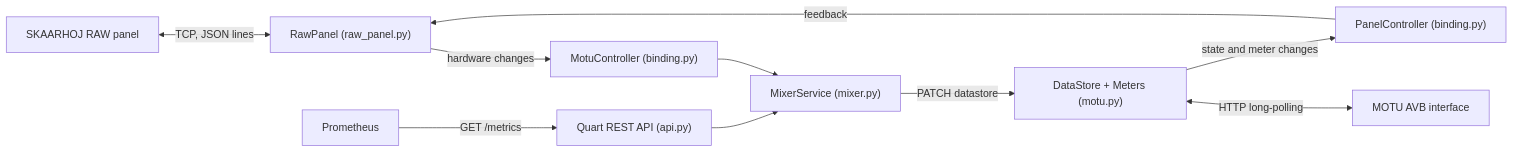
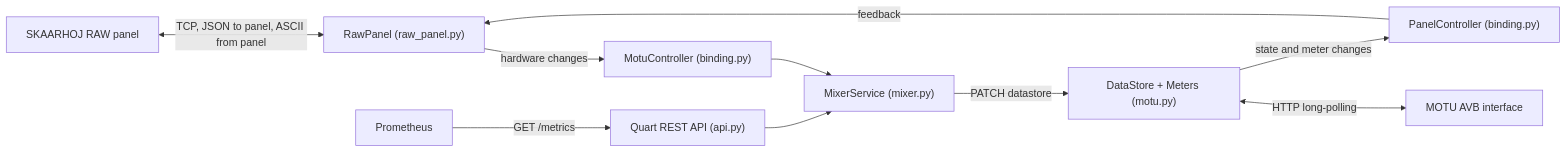
The diagram in README.md (yukinmax/motu-bridge), drawn with Mermaid before and after one commit. The commit also changed 7 other files, not shown here.

````diff
--- a/README.md
+++ b/README.md
@@ -30,12 +30,12 @@
 ```mermaid
 flowchart LR
-    Panel["SKAARHOJ RAW panel"] <-->|"TCP, JSON lines"| RP["RawPanel (raw_panel.py)"]
+    Panel["SKAARHOJ RAW panel"] <-->|"TCP, JSON to panel, ASCII from panel"| RP["RawPanel (raw_panel.py)"]
     RP -->|"hardware changes"| MC["MotuController (binding.py)"]
     MC --> MS["MixerService (mixer.py)"]
     MS -->|"PATCH datastore"| DS["DataStore + Meters (motu.py)"]
     DS <-->|"HTTP long-polling"| Motu["MOTU AVB interface"]
     DS -->|"state and meter changes"| PC["PanelController (binding.py)"]
     PC -->|"feedback"| RP
     API["Quart REST API (api.py)"] --> MS
     Prom["Prometheus"] -->|"GET /metrics"| API
 ```
````
